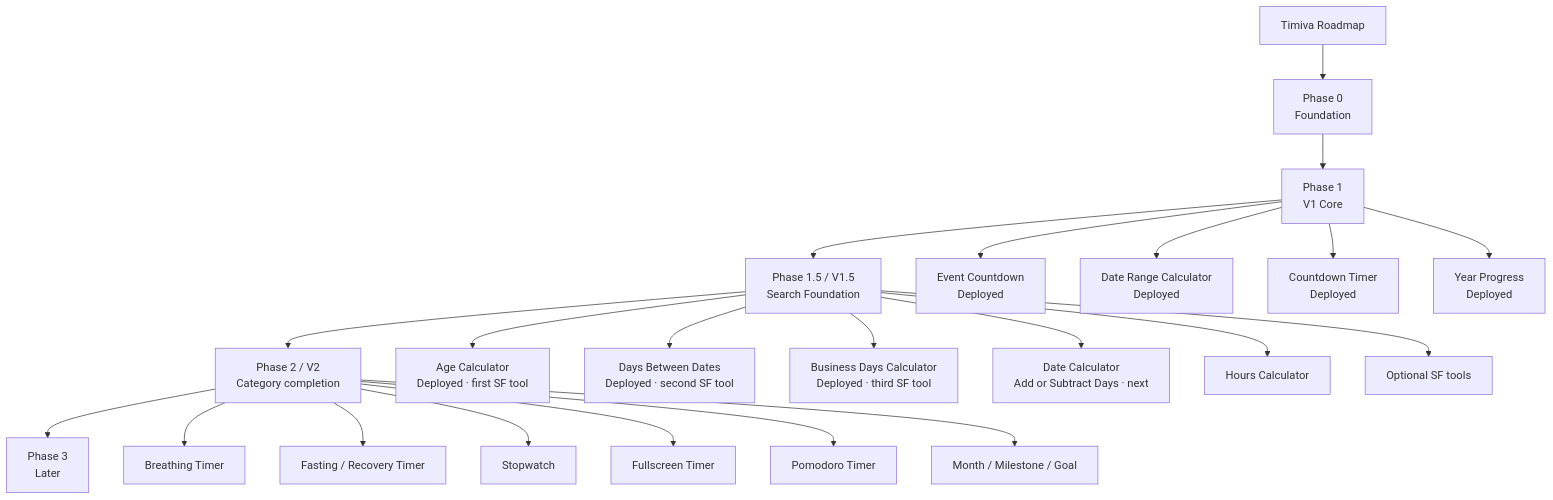
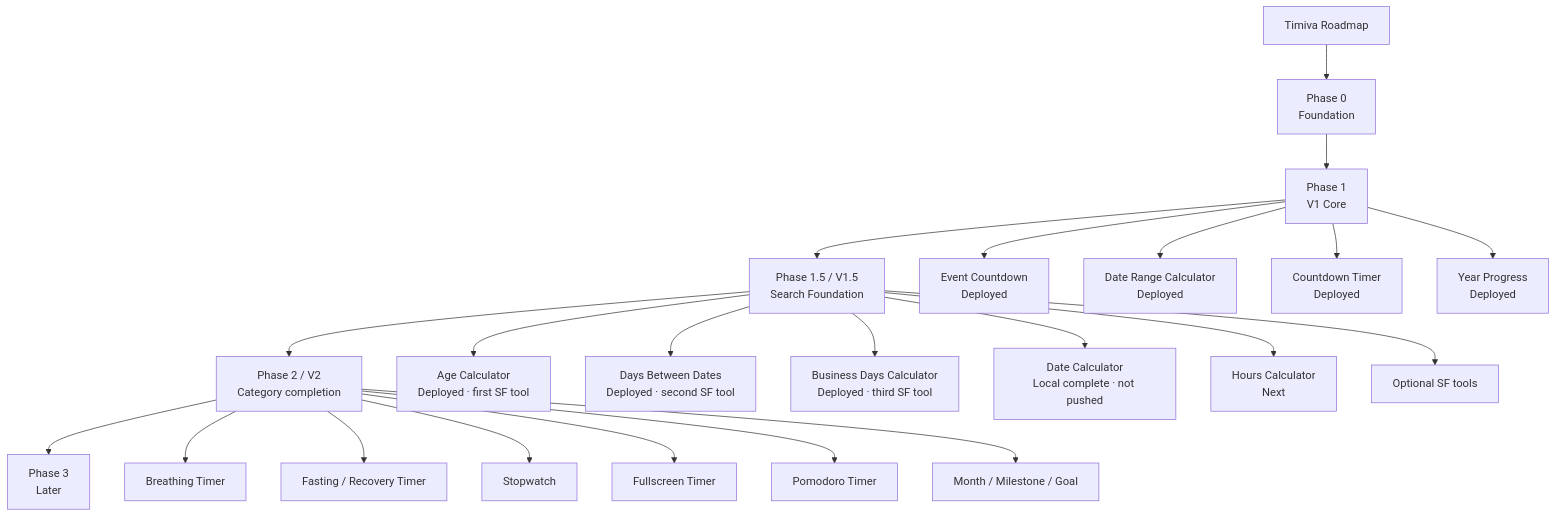
Before and after one commit to jd-jane/Timiva: the diagram in docs/core/roadmap.md, drawn with Mermaid. The commit also changed other lines of this file and 5 other files, not shown here.

Commit message:
docs: record Date Calculator release readiness

````diff
--- a/docs/core/roadmap.md
+++ b/docs/core/roadmap.md
@@ -35,27 +35,27 @@
 ```mermaid
 flowchart TD
     A[Timiva Roadmap] --> B[Phase 0<br/>Foundation]
     B --> C[Phase 1<br/>V1 Core]
     C --> D[Phase 1.5 / V1.5<br/>Search Foundation]
     D --> E[Phase 2 / V2<br/>Category completion]
     E --> F[Phase 3<br/>Later]
 
     C --> C1[Event Countdown<br/>Deployed]
     C --> C2[Date Range Calculator<br/>Deployed]
     C --> C3[Countdown Timer<br/>Deployed]
     C --> C4[Year Progress<br/>Deployed]
 
     D --> D1[Age Calculator<br/>Deployed · first SF tool]
     D --> D2[Days Between Dates<br/>Deployed · second SF tool]
     D --> D3[Business Days Calculator<br/>Deployed · third SF tool]
-    D --> D4[Date Calculator<br/>Add or Subtract Days · next]
-    D --> D5[Hours Calculator]
+    D --> D4[Date Calculator<br/>Local complete · not pushed]
+    D --> D5[Hours Calculator<br/>Next]
     D --> D6[Optional SF tools]
 
     E --> E1[Breathing Timer]
     E --> E2[Fasting / Recovery Timer]
     E --> E3[Stopwatch]
     E --> E4[Fullscreen Timer]
     E --> E5[Pomodoro Timer]
     E --> E6[Month / Milestone / Goal]
 ```
````
